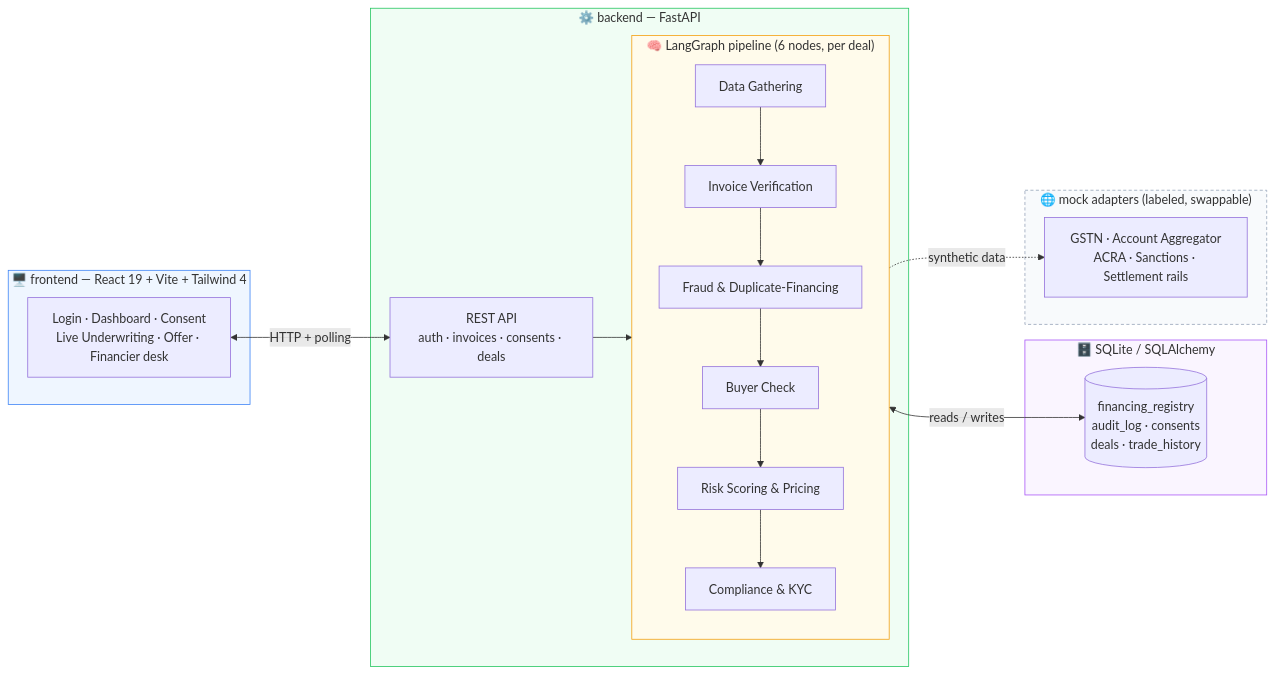
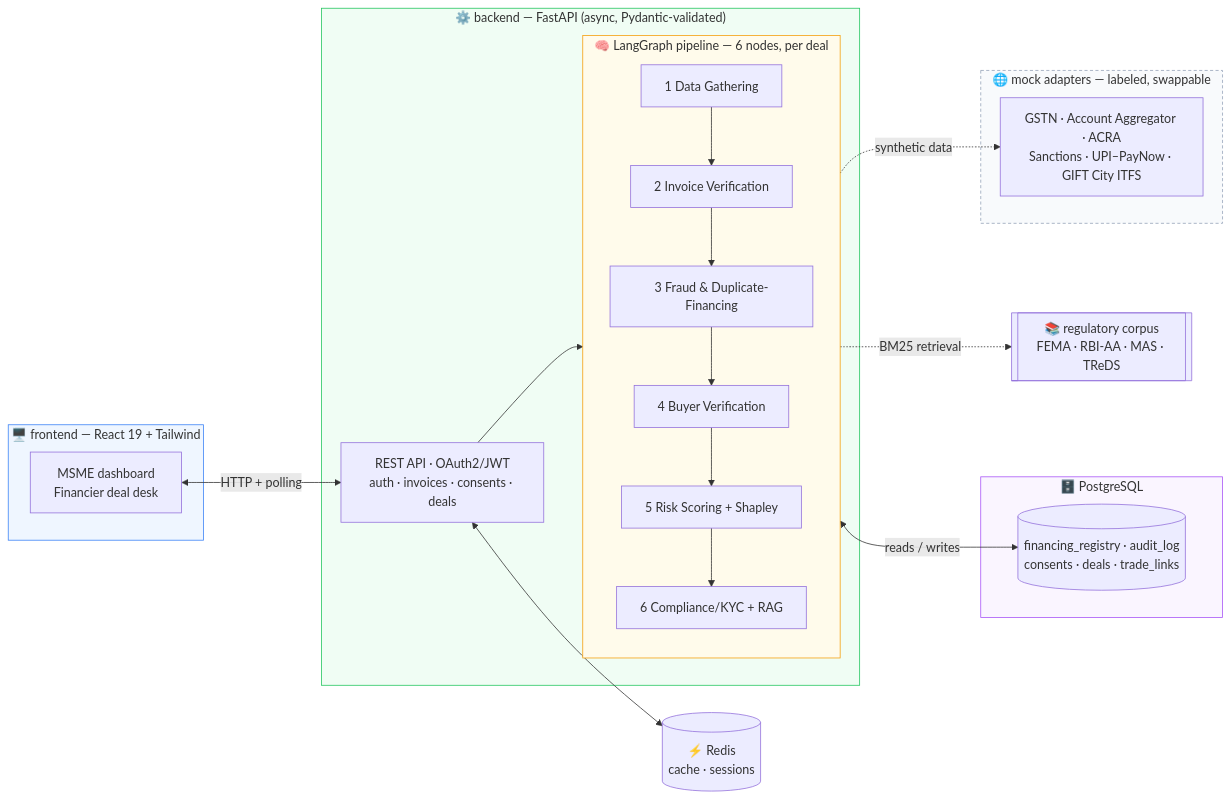
The diagram in Readme.md (HRUTHIK-REDDY-ALLAM/SIH), drawn with Mermaid before and after one commit. The commit also changed other lines of this file and 53 other files, not shown here.

First line of the commit message:
Rebuild TradeBridge AI as VittSetu: full-stack agentic fraud detection

````diff
--- a/Readme.md
+++ b/Readme.md
@@ -30,37 +43,41 @@
 ```mermaid
 flowchart LR
-    subgraph FE["🖥️ frontend — React 19 + Vite + Tailwind 4"]
-        UI["Login · Dashboard · Consent\nLive Underwriting · Offer · Financier desk"]
+    subgraph FE["🖥️ frontend — React 19 + Tailwind"]
+        UI["MSME dashboard\nFinancier deal desk"]
     end
 
-    subgraph BE["⚙️ backend — FastAPI"]
-        API["REST API\nauth · invoices · consents · deals"]
-        subgraph LG["🧠 LangGraph pipeline (6 nodes, per deal)"]
+    subgraph BE["⚙️ backend — FastAPI (async, Pydantic-validated)"]
+        API["REST API · OAuth2/JWT\nauth · invoices · consents · deals"]
+        subgraph LG["🧠 LangGraph pipeline — 6 nodes, per deal"]
             direction TB
-            N1["Data Gathering"] --> N2["Invoice Verification"]
-            N2 --> N3["Fraud & Duplicate-Financing"]
-            N3 --> N4["Buyer Check"]
-            N4 --> N5["Risk Scoring & Pricing"]
-            N5 --> N6["Compliance & KYC"]
+            N1["1 Data Gathering"] --> N2["2 Invoice Verification"]
+            N2 --> N3["3 Fraud & Duplicate-Financing"]
+            N3 --> N4["4 Buyer Verification"]
+            N4 --> N5["5 Risk Scoring + Shapley"]
+            N5 --> N6["6 Compliance/KYC + RAG"]
         end
         API --> LG
     end
 
-    subgraph DATA["🗄️ SQLite / SQLAlchemy"]
-        DB[("financing_registry\naudit_log · consents\ndeals · trade_history")]
+    subgraph DATA["🗄️ PostgreSQL"]
+        DB[("financing_registry · audit_log\nconsents · deals · trade_links")]
     end
+    RD[("⚡ Redis\ncache · sessions")]
+    REGS[["📚 regulatory corpus\nFEMA · RBI-AA · MAS · TReDS"]]
 
-    subgraph EXT["🌐 mock adapters (labeled, swappable)"]
-        M["GSTN · Account Aggregator\nACRA · Sanctions · Settlement rails"]
+    subgraph EXT["🌐 mock adapters — labeled, swappable"]
+        M["GSTN · Account Aggregator · ACRA\nSanctions · UPI–PayNow · GIFT City ITFS"]
     end
 
     UI <-->|HTTP + polling| API
+    API <--> RD
     LG <-->|reads / writes| DB
+    N6 -.->|BM25 retrieval| REGS
     LG -.->|synthetic data| M
 
     style FE fill:#eff6ff,stroke:#3b82f6
     style BE fill:#f0fdf4,stroke:#22c55e
     style LG fill:#fffbeb,stroke:#f59e0b
     style DATA fill:#faf5ff,stroke:#a855f7
     style EXT fill:#f8fafc,stroke:#94a3b8,stroke-dasharray: 4 3
 ```
````
